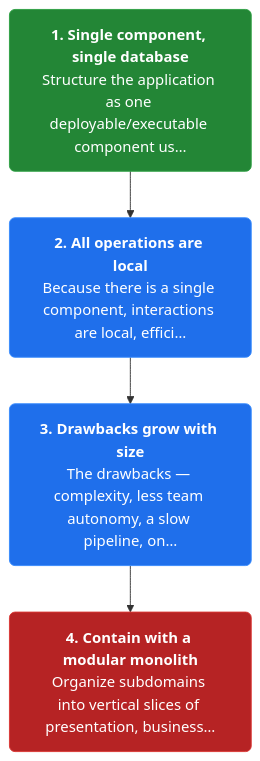
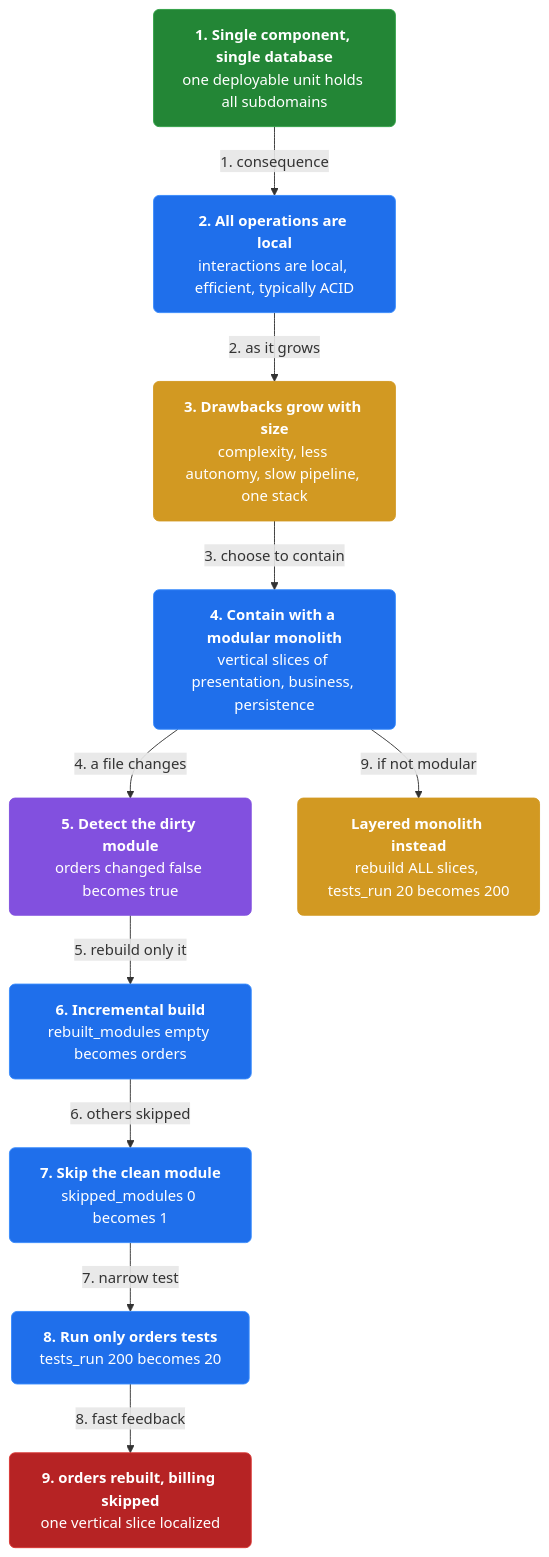
Before and after one commit to vinayakuber/microservices-io-study-guide: the fourth of 4 diagrams in docs/ch01-monolithic-architecture.md, drawn with Mermaid. The commit also changed other lines of this file and 46 other files, not shown here.

First line of the commit message:
Author rich branching flow diagrams for all 44 chapters

````diff
--- a/docs/ch01-monolithic-architecture.md
+++ b/docs/ch01-monolithic-architecture.md
@@ -153,13 +211,27 @@
 ```mermaid
 flowchart TD
-  classDef step fill:#1f6feb,color:#ffffff,stroke:#388bfd,stroke-width:1px,rx:6
+  classDef step fill:#1f6feb,color:#ffffff,stroke:#388bfd,rx:6
+  classDef core fill:#8250df,color:#ffffff,stroke:#8250df,rx:6
+  classDef warn fill:#d29922,color:#ffffff,stroke:#d29922,rx:6
   classDef start fill:#238636,color:#ffffff,stroke:#2ea043,rx:6
   classDef stop fill:#b62324,color:#ffffff,stroke:#da3633,rx:6
-  s3n0["<b>1. Single component, single database</b><br/>Structure the application as one deployable/executable component us…"]:::start
-  s3n1["<b>2. All operations are local</b><br/>Because there is a single component, interactions are local, effici…"]:::step
-  s3n2["<b>3. Drawbacks grow with size</b><br/>The drawbacks — complexity, less team autonomy, a slow pipeline, on…"]:::step
-  s3n3["<b>4. Contain with a modular monolith</b><br/>Organize subdomains into vertical slices of presentation, business…"]:::stop
-  s3n0 --> s3n1
-  s3n1 --> s3n2
-  s3n2 --> s3n3
+  n0["<b>1. Single component, single database</b><br/>one deployable unit holds all subdomains"]:::start
+  n1["<b>2. All operations are local</b><br/>interactions are local, efficient, typically ACID"]:::step
+  n2["<b>3. Drawbacks grow with size</b><br/>complexity, less autonomy, slow pipeline, one stack"]:::warn
+  n3["<b>4. Contain with a modular monolith</b><br/>vertical slices of presentation, business, persistence"]:::step
+  n4["<b>5. Detect the dirty module</b><br/>orders changed false becomes true"]:::core
+  n5["<b>6. Incremental build</b><br/>rebuilt_modules empty becomes orders"]:::step
+  n6["<b>7. Skip the clean module</b><br/>skipped_modules 0 becomes 1"]:::step
+  n7["<b>8. Run only orders tests</b><br/>tests_run 200 becomes 20"]:::step
+  n8["<b>9. orders rebuilt, billing skipped</b><br/>one vertical slice localized"]:::stop
+  n9["<b>Layered monolith instead</b><br/>rebuild ALL slices, tests_run 20 becomes 200"]:::warn
+  n0 -->|"1. consequence"| n1
+  n1 -->|"2. as it grows"| n2
+  n2 -->|"3. choose to contain"| n3
+  n3 -->|"4. a file changes"| n4
+  n4 -->|"5. rebuild only it"| n5
+  n5 -->|"6. others skipped"| n6
+  n6 -->|"7. narrow test"| n7
+  n7 -->|"8. fast feedback"| n8
+  n3 -->|"9. if not modular"| n9
 ```
````
